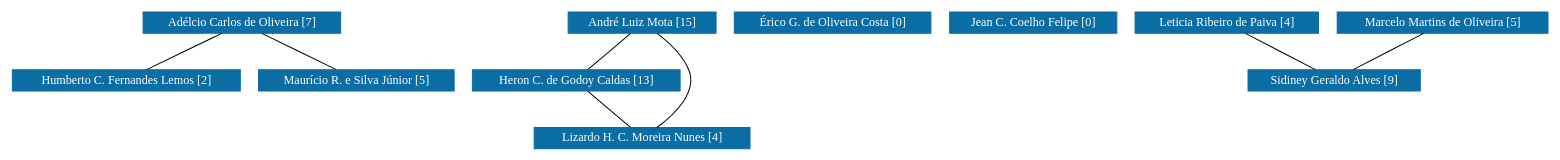
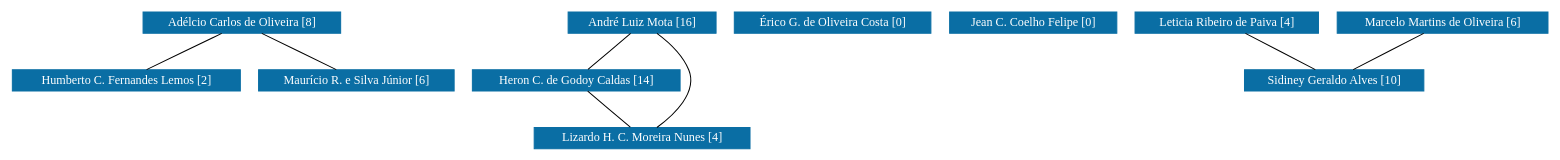
One commit to icamps/unifal-lattes changed the diagram in PPGF-UFSJ/grafoDeColaboracoesSemPesos.dot. Above: the diagram before and after it, drawn with Graphviz. The commit also changed 623 other files, not shown here.

```diff
--- a/PPGF-UFSJ/grafoDeColaboracoesSemPesos.dot
+++ b/PPGF-UFSJ/grafoDeColaboracoesSemPesos.dot
@@ -1,95 +1,95 @@
 strict graph grafo1 {
-	graph [bb="0,0,1263.5,135",
+	graph [bb="0,0,1261.5,135",
 		id=grafo1,
 		overlap=False
 	];
 	node [fontsize=12,
 		label="\N",
 		shape=rectangle,
 		style=filled
 	];
-	0	 [URL="membro-0487113229071944.html",
+	0	[URL="membro-0487113229071944.html",
 		color="#0A6EA4",
 		fontcolor="#FFFFFF",
 		height=0.29167,
-		label="Adélcio Carlos de Oliveira [7]",
-		pos="187,124.5",
-		width=2.1944];
-	4	 [URL="membro-8374281747074655.html",
+		label="Adélcio Carlos de Oliveira [8]",
+		pos="185,124.5",
+		width=2.2222];
+	4	[URL="membro-8374281747074655.html",
 		color="#0A6EA4",
 		fontcolor="#FFFFFF",
 		height=0.29167,
 		label="Humberto C. Fernandes Lemos [2]",
-		pos="92,67.5",
-		width=2.5556];
-	0 -- 4	 [pos="169.13,113.78 152.15,103.59 126.75,88.348 109.79,78.173"];
-	10	 [URL="membro-7617696183555654.html",
+		pos="91,67.5",
+		width=2.5278];
+	0 -- 4	[pos="168.63,113.92 151.48,103.89 124.7,88.216 107.5,78.155"];
+	10	[URL="membro-7617696183555654.html",
 		color="#0A6EA4",
 		fontcolor="#FFFFFF",
 		height=0.29167,
-		label="Maurício R. e Silva Júnior [5]",
-		pos="281,67.5",
+		label="Maurício R. e Silva Júnior [6]",
+		pos="279,67.5",
 		width=2.1944];
-	0 -- 10	 [pos="204.68,113.78 221.49,103.59 246.62,88.348 263.4,78.173"];
-	1	 [URL="membro-8453016139576761.html",
+	0 -- 10	[pos="201.37,113.92 218.52,103.89 245.3,88.216 262.5,78.155"];
+	1	[URL="membro-8453016139576761.html",
 		color="#0A6EA4",
 		fontcolor="#FFFFFF",
 		height=0.29167,
-		label="André Luiz Mota [15]",
-		pos="518,124.5",
+		label="André Luiz Mota [16]",
+		pos="516,124.5",
 		width=1.6944];
-	3	 [URL="membro-1373657423991547.html",
+	3	[URL="membro-1373657423991547.html",
 		color="#0A6EA4",
 		fontcolor="#FFFFFF",
 		height=0.29167,
-		label="Heron C. de Godoy Caldas [13]",
-		pos="462,67.5",
-		width=2.3333];
-	1 -- 3	 [pos="507.47,113.78 497.45,103.59 482.48,88.348 472.49,78.173"];
-	7	 [URL="membro-9320579515635433.html",
+		label="Heron C. de Godoy Caldas [14]",
+		pos="460,67.5",
+		width=2.3472];
+	1 -- 3	[pos="506.25,113.92 496.09,103.95 480.27,88.408 470.02,78.341"];
+	7	[URL="membro-9320579515635433.html",
 		color="#0A6EA4",
 		fontcolor="#FFFFFF",
 		height=0.29167,
 		label="Lizardo H. C. Moreira Nunes [4]",
-		pos="518,10.5",
+		pos="516,10.5",
 		width=2.4028];
-	1 -- 7	 [pos="530.73,113.57 544.16,100.64 562.4,78.195 555,57 550.03,42.78 538.7,29.655 529.87,21.002"];
-	3 -- 7	 [pos="472.53,56.779 482.55,46.588 497.52,31.348 507.51,21.173"];
-	2	 [URL="membro-4937965723746020.html",
+	1 -- 7	[pos="527.15,113.96 536.06,105.54 547.89,92.391 553,78 556.12,69.205 556.12,65.795 553,57 547.89,42.609 536.06,29.461 527.15,21.041"];
+	3 -- 7	[pos="469.75,56.92 479.91,46.948 495.73,31.408 505.98,21.341"];
+	2	[URL="membro-4937965723746020.html",
 		color="#0A6EA4",
 		fontcolor="#FFFFFF",
 		height=0.29167,
 		label="Érico G. de Oliveira Costa [0]",
-		pos="677,124.5",
-		width=2.2222];
-	5	 [URL="membro-1513522824340750.html",
+		pos="675,124.5",
+		width=2.2083];
+	5	[URL="membro-1513522824340750.html",
 		color="#0A6EA4",
 		fontcolor="#FFFFFF",
 		height=0.29167,
 		label="Jean C. Coelho Felipe [0]",
-		pos="844,124.5",
+		pos="842,124.5",
 		width=1.9167];
-	6	 [URL="membro-9428416479663144.html",
+	6	[URL="membro-9428416479663144.html",
 		color="#0A6EA4",
 		fontcolor="#FFFFFF",
 		height=0.29167,
 		label="Leticia Ribeiro de Paiva [4]",
-		pos="1005,124.5",
+		pos="1003,124.5",
 		width=2.0417];
-	9	 [URL="membro-4536440727635518.html",
+	9	[URL="membro-4536440727635518.html",
 		color="#0A6EA4",
 		fontcolor="#FFFFFF",
 		height=0.29167,
-		label="Sidiney Geraldo Alves [9]",
-		pos="1092,67.5",
-		width=1.9444];
-	6 -- 9	 [pos="1021.4,113.78 1036.9,103.59 1060.2,88.348 1075.7,78.173"];
-	8	 [URL="membro-2091568617999217.html",
+		label="Sidiney Geraldo Alves [10]",
+		pos="1090,67.5",
+		width=2.0278];
+	6 -- 9	[pos="1018.2,113.92 1034,103.89 1058.8,88.216 1074.7,78.155"];
+	8	[URL="membro-2091568617999217.html",
 		color="#0A6EA4",
 		fontcolor="#FFFFFF",
 		height=0.29167,
-		label="Marcelo Martins de Oliveira [5]",
-		pos="1180,124.5",
+		label="Marcelo Martins de Oliveira [6]",
+		pos="1178,124.5",
 		width=2.3194];
-	8 -- 9	 [pos="1163.4,113.78 1147.7,103.59 1124.2,88.348 1108.5,78.173"];
+	8 -- 9	[pos="1162.7,113.92 1146.6,103.89 1121.5,88.216 1105.4,78.155"];
 }
```
